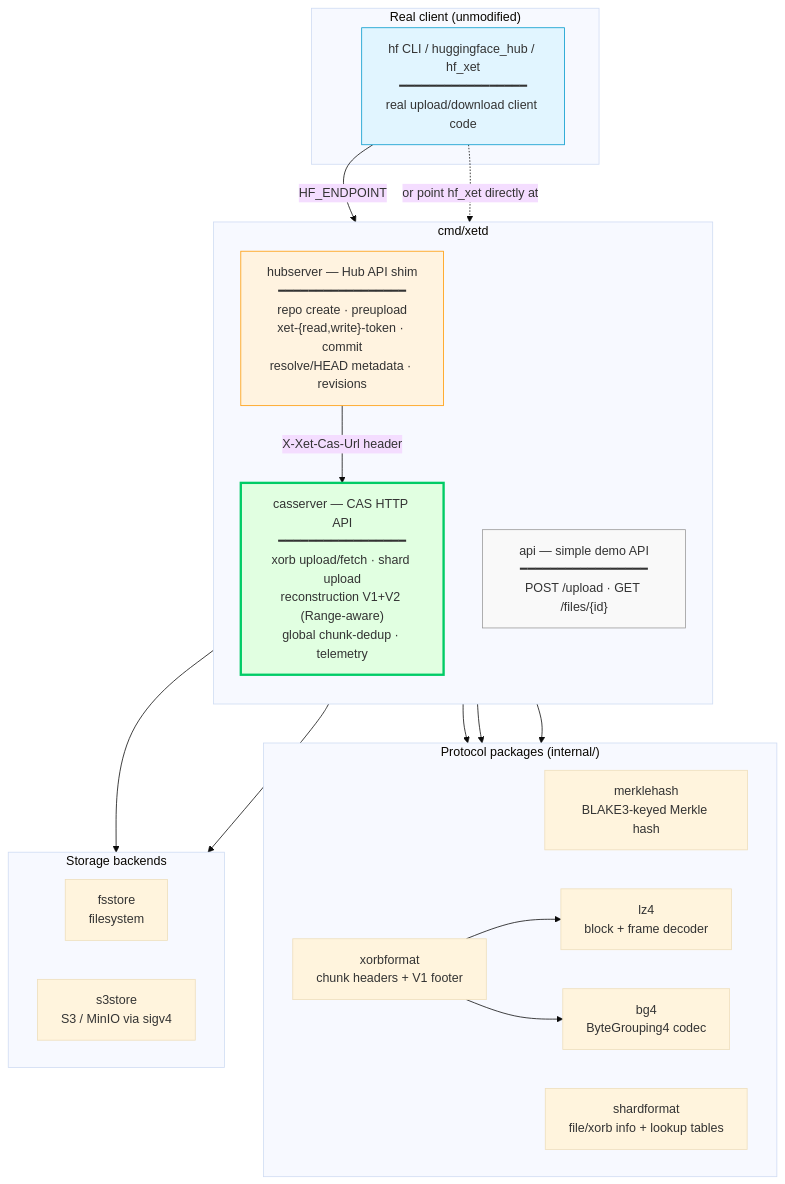
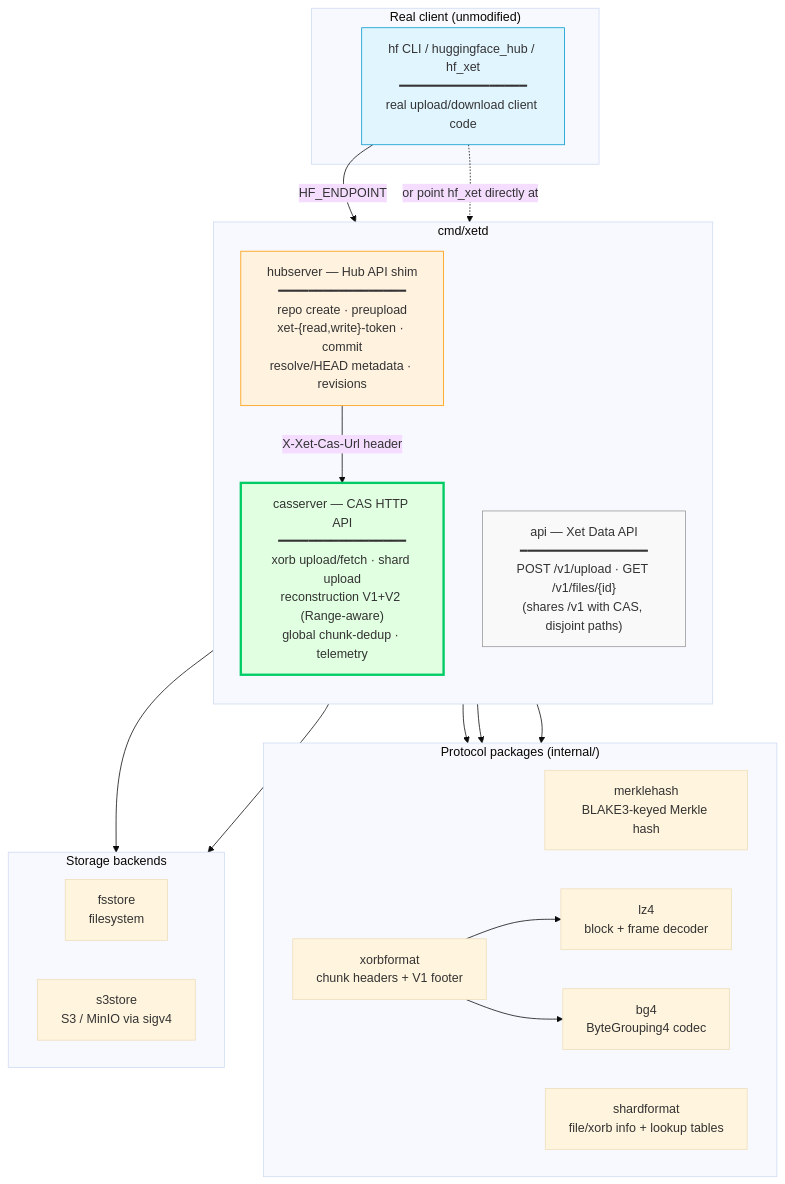
One commit to Taytay/xet-server changed the first of 3 diagrams in docs/ARCHITECTURE.md. Above: the diagram before and after it, drawn with Mermaid (base theme). The commit also changed other lines of this file and 58 other files, not shown here.

````diff
--- a/docs/ARCHITECTURE.md
+++ b/docs/ARCHITECTURE.md
@@ -11,45 +11,45 @@
 ```mermaid
 graph TB
     subgraph "Real client (unmodified)"
         HFCli["hf CLI / huggingface_hub / hf_xet\n━━━━━━━━━━━━━━━━━\nreal upload/download client code"]
     end
 
     subgraph "cmd/xetd"
         direction TB
         Hub["hubserver — Hub API shim\n━━━━━━━━━━━━━━━━━\nrepo create · preupload\nxet-{read,write}-token · commit\nresolve/HEAD metadata · revisions"]
         CAS["casserver — CAS HTTP API\n━━━━━━━━━━━━━━━━━\nxorb upload/fetch · shard upload\nreconstruction V1+V2 (Range-aware)\nglobal chunk-dedup · telemetry"]
-        Demo["api — simple demo API\n━━━━━━━━━━━━━━━━━\nPOST /upload · GET /files/{id}"]
+        XetData["api — Xet Data API\n━━━━━━━━━━━━━━━━━\nPOST /v1/upload · GET /v1/files/{id}\n(shares /v1 with CAS, disjoint paths)"]
     end
 
     subgraph "Protocol packages (internal/)"
         direction LR
         Hash["merklehash\nBLAKE3-keyed Merkle hash"]
         Xorb["xorbformat\nchunk headers + V1 footer"]
         Shard["shardformat\nfile/xorb info + lookup tables"]
         LZ4["lz4\nblock + frame decoder"]
         BG4["bg4\nByteGrouping4 codec"]
     end
 
     subgraph "Storage backends"
         direction LR
         FS["fsstore\nfilesystem"]
         S3["s3store\nS3 / MinIO via sigv4"]
     end
 
     HFCli -->|"HF_ENDPOINT"| Hub
     Hub -->|"X-Xet-Cas-Url header"| CAS
     HFCli -.->|"or point hf_xet directly at"| CAS
 
     CAS --> Hash
     CAS --> Xorb
     CAS --> Shard
     Xorb --> LZ4
     Xorb --> BG4
     CAS --> FS
     CAS --> S3
 
     style HFCli fill:#e1f5ff,stroke:#0099cc
     style Hub fill:#fff3e0,stroke:#ff9900
     style CAS fill:#e1ffe1,stroke:#00cc66,stroke-width:3px
-    style Demo fill:#f9f9f9,stroke:#999
+    style XetData fill:#f9f9f9,stroke:#999
 ```
````
